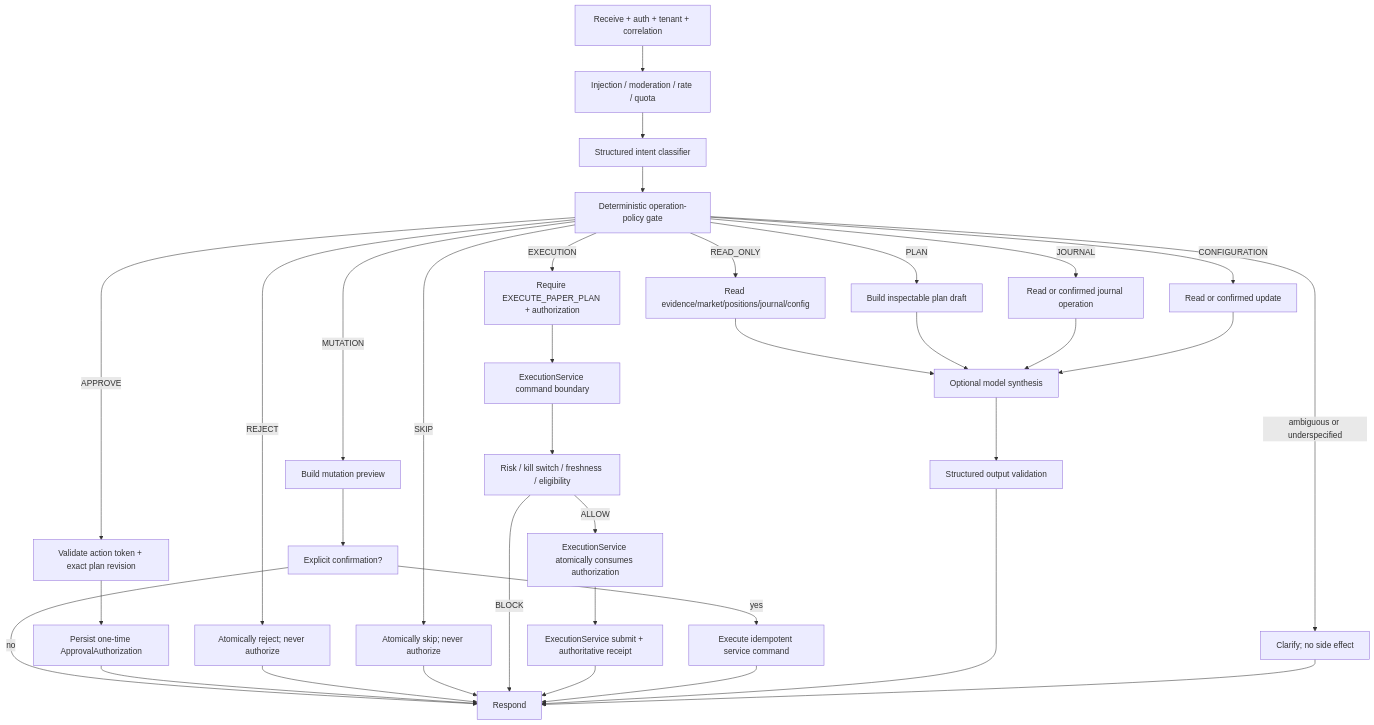
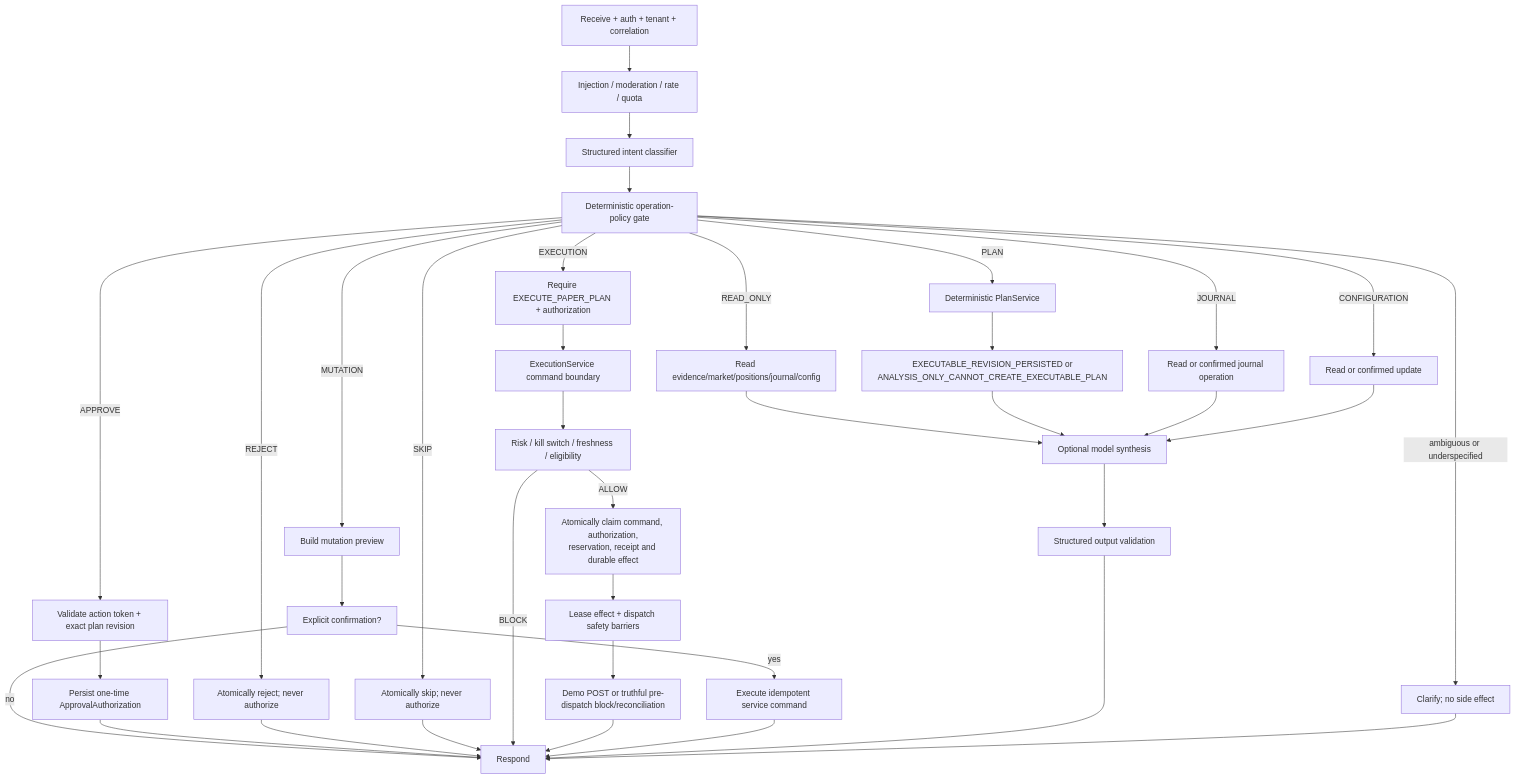
Before and after one commit to Fejjii/AlphaTrade-AI: the third of 6 diagrams in docs/redesign/agentic_redesign_target_architecture.md, drawn with Mermaid. The commit also changed other lines of this file and 1 other file, not shown here.

Commit message:
docs: align final architecture contracts

````diff
--- a/docs/redesign/agentic_redesign_target_architecture.md
+++ b/docs/redesign/agentic_redesign_target_architecture.md
@@ -207,37 +212,39 @@
 ```mermaid
 flowchart TD
     RCV["Receive + auth + tenant + correlation"] --> GRD["Injection / moderation / rate / quota"]
     GRD --> IC["Structured intent classifier"]
     IC --> POL["Deterministic operation-policy gate"]
     POL -->|ambiguous or underspecified| CLAR["Clarify; no side effect"]
     POL -->|READ_ONLY| READ["Read evidence/market/positions/journal/config"]
-    POL -->|PLAN| PLAN["Build inspectable plan draft"]
+    POL -->|PLAN| PLAN["Deterministic PlanService"]
     POL -->|MUTATION| PREVIEW["Build mutation preview"]
     POL -->|APPROVE| APPA["Validate action token + exact plan revision"]
     POL -->|REJECT| REJ["Atomically reject; never authorize"]
     POL -->|SKIP| SKP["Atomically skip; never authorize"]
     POL -->|EXECUTION| EXEG["Require EXECUTE_PAPER_PLAN + authorization"]
     POL -->|CONFIGURATION| CFG["Read or confirmed update"]
     POL -->|JOURNAL| JOP["Read or confirmed journal operation"]
     PREVIEW --> CONF["Explicit confirmation?"]
     CONF -->|no| RESP["Respond"]
     CONF -->|yes| MUT["Execute idempotent service command"]
     APPA --> AUTHZ["Persist one-time ApprovalAuthorization"]
     AUTHZ --> RESP
     REJ --> RESP
     SKP --> RESP
     EXEG --> ES["ExecutionService command boundary"]
     ES --> RISK["Risk / kill switch / freshness / eligibility"]
     RISK -->|BLOCK| RESP
-    RISK -->|ALLOW| CONS["ExecutionService atomically consumes authorization"]
-    CONS --> SUBMIT["ExecutionService submit + authoritative receipt"]
+    RISK -->|ALLOW| CONS["Atomically claim command, authorization,<br/>reservation, receipt and durable effect"]
+    CONS --> DSP["Lease effect + dispatch safety barriers"]
+    DSP --> SUBMIT["Demo POST or truthful pre-dispatch block/reconciliation"]
     SUBMIT --> RESP
     READ --> SYN["Optional model synthesis"]
-    PLAN --> SYN
+    PLAN --> PERSIST["EXECUTABLE_REVISION_PERSISTED or<br/>ANALYSIS_ONLY_CANNOT_CREATE_EXECUTABLE_PLAN"]
+    PERSIST --> SYN
     JOP --> SYN
     CFG --> SYN
     MUT --> RESP
     SYN --> VAL["Structured output validation"]
     VAL --> RESP
     CLAR --> RESP
 ```
````
